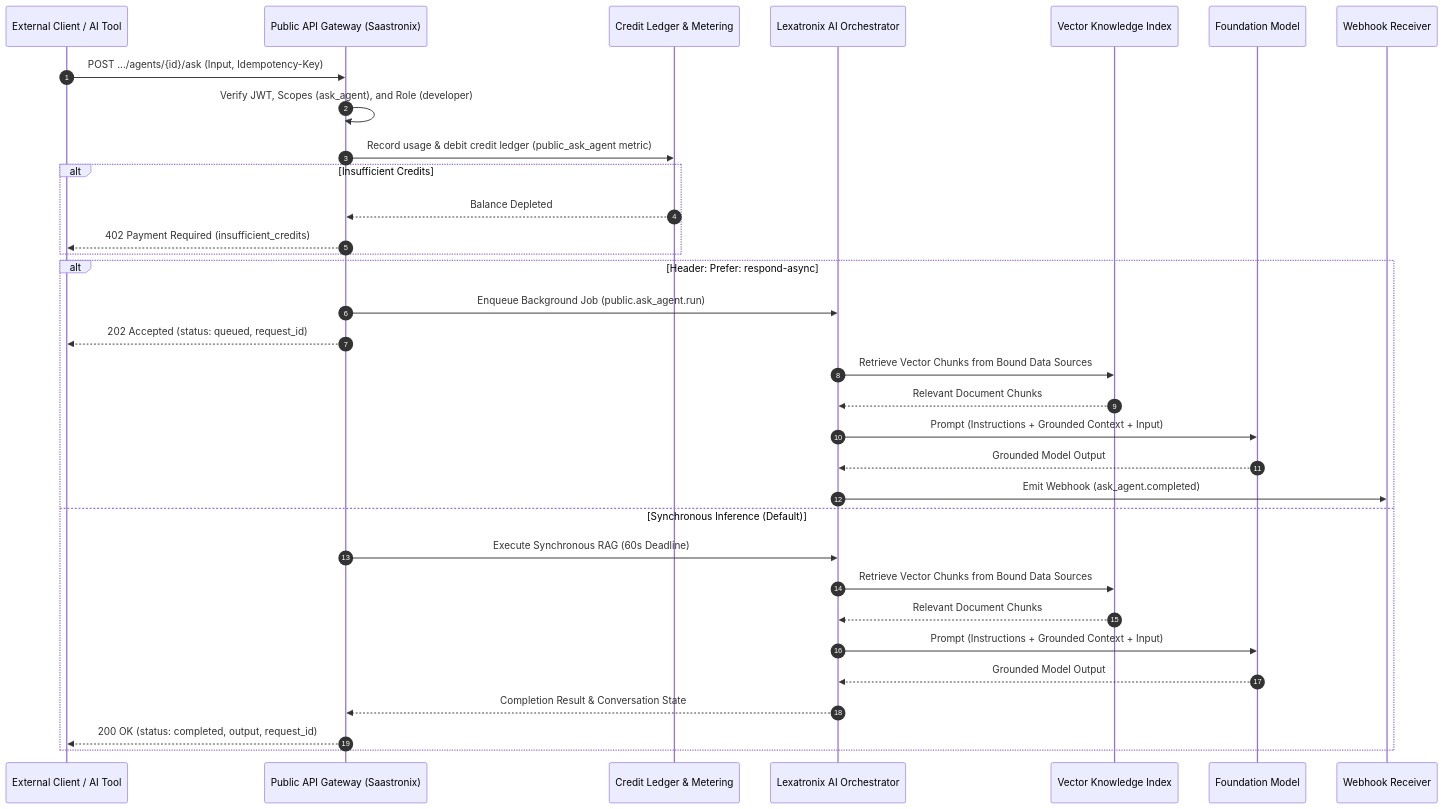
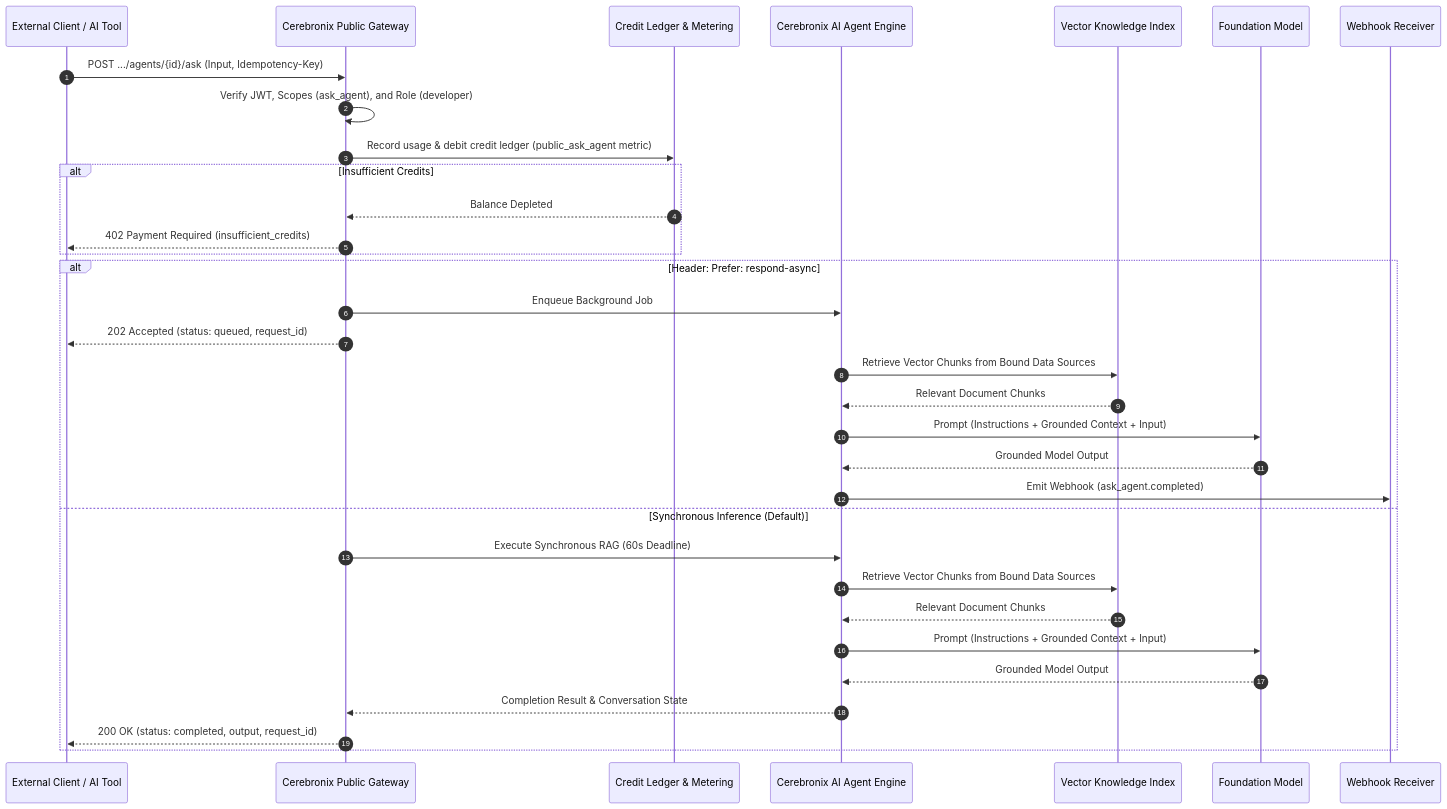
Before and after one commit to Cerebronix-AI/cerebronix-docs: the diagram in apps/socs/content/docs/current/agents-and-ask.mdx, drawn with Mermaid. The commit also changed other lines of this file and 32 other files, not shown here.

Commit message:
feat(docs): enforce black-box architecture and information disclosure safeguards

````diff
--- a/apps/socs/content/docs/current/agents-and-ask.mdx
+++ b/apps/socs/content/docs/current/agents-and-ask.mdx
@@ -19,36 +19,36 @@
 ```mermaid
 sequenceDiagram
     autonumber
     participant App as External Client / AI Tool
-    participant API as Public API Gateway (Saastronix)
+    participant API as Cerebronix Public Gateway
     participant Ledger as Credit Ledger & Metering
-    participant Lex as Lexatronix AI Orchestrator
+    participant Engine as Cerebronix AI Agent Engine
     participant Vec as Vector Knowledge Index
     participant LLM as Foundation Model
     participant Hook as Webhook Receiver
 
     App->>API: POST .../agents/{id}/ask (Input, Idempotency-Key)
     API->>API: Verify JWT, Scopes (ask_agent), and Role (developer)
     API->>Ledger: Record usage & debit credit ledger (public_ask_agent metric)
     alt Insufficient Credits
         Ledger-->>API: Balance Depleted
         API-->>App: 402 Payment Required (insufficient_credits)
     end
     alt Header: Prefer: respond-async
-        API->>Lex: Enqueue Background Job (public.ask_agent.run)
+        API->>Engine: Enqueue Background Job
         API-->>App: 202 Accepted (status: queued, request_id)
-        Lex->>Vec: Retrieve Vector Chunks from Bound Data Sources
-        Vec-->>Lex: Relevant Document Chunks
-        Lex->>LLM: Prompt (Instructions + Grounded Context + Input)
-        LLM-->>Lex: Grounded Model Output
-        Lex->>Hook: Emit Webhook (ask_agent.completed)
+        Engine->>Vec: Retrieve Vector Chunks from Bound Data Sources
+        Vec-->>Engine: Relevant Document Chunks
+        Engine->>LLM: Prompt (Instructions + Grounded Context + Input)
+        LLM-->>Engine: Grounded Model Output
+        Engine->>Hook: Emit Webhook (ask_agent.completed)
     else Synchronous Inference (Default)
-        API->>Lex: Execute Synchronous RAG (60s Deadline)
-        Lex->>Vec: Retrieve Vector Chunks from Bound Data Sources
-        Vec-->>Lex: Relevant Document Chunks
-        Lex->>LLM: Prompt (Instructions + Grounded Context + Input)
-        LLM-->>Lex: Grounded Model Output
-        Lex-->>API: Completion Result & Conversation State
+        API->>Engine: Execute Synchronous RAG (60s Deadline)
+        Engine->>Vec: Retrieve Vector Chunks from Bound Data Sources
+        Vec-->>Engine: Relevant Document Chunks
+        Engine->>LLM: Prompt (Instructions + Grounded Context + Input)
+        LLM-->>Engine: Grounded Model Output
+        Engine-->>API: Completion Result & Conversation State
         API-->>App: 200 OK (status: completed, output, request_id)
     end
 ```
````
